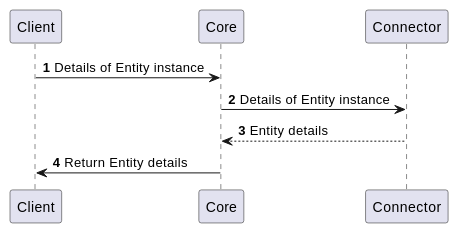
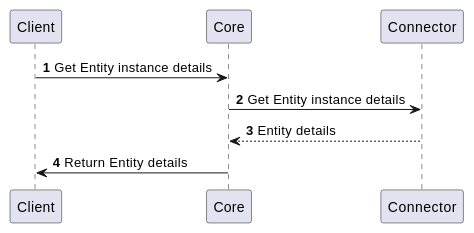
One commit to CZERTAINLY/CZERTAINLY-Documentation changed the second of 13 diagrams in docs/12-connectors/05-description/32-entity-provider.md. Above: the diagram before and after it, drawn with PlantUML. The commit also changed other lines of this file, not shown here.

````diff
--- a/docs/12-connectors/05-description/32-entity-provider.md
+++ b/docs/12-connectors/05-description/32-entity-provider.md
@@ -48,10 +48,10 @@
 ```plantuml
     @startuml
     autonumber
     skinparam topurl https://docs.czertainly.com/api/
-        Client -> Core [[core-Entity/#tag/Entity-Management-API/operation/getEntityInstance]]: Details of Entity instance
-        Core -> Connector [[core-Entity/#tag/Entity-Management-API/operation/getEntityInstance]]: Details of Entity instance
+        Client -> Core [[core-Entity/#tag/Entity-Management-API/operation/getEntityInstance]]: Get Entity instance details
+        Core -> Connector [[core-Entity/#tag/Entity-Management-API/operation/getEntityInstance]]: Get Entity instance details
         Connector --> Core: Entity details
         Core -> Client: Return Entity details
     @enduml
 ```
````
